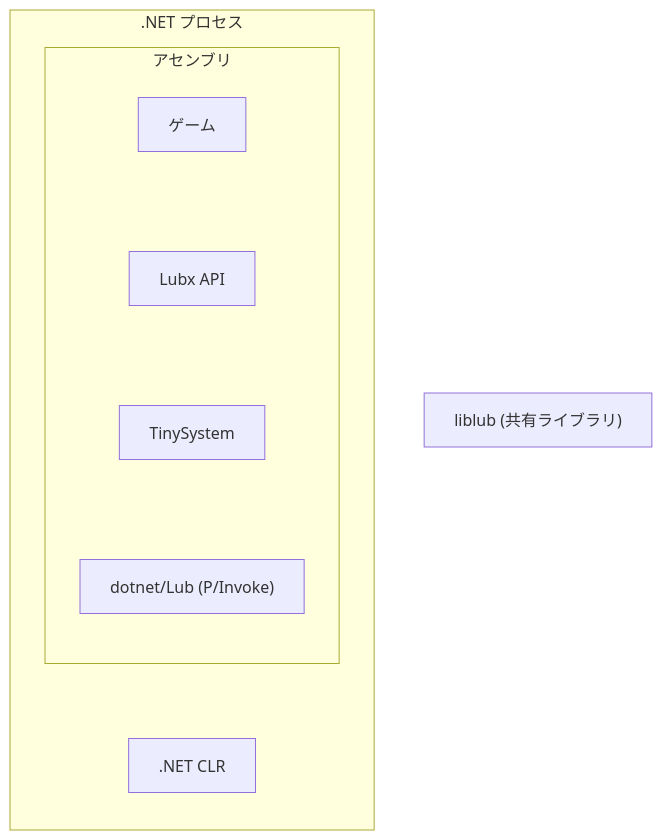
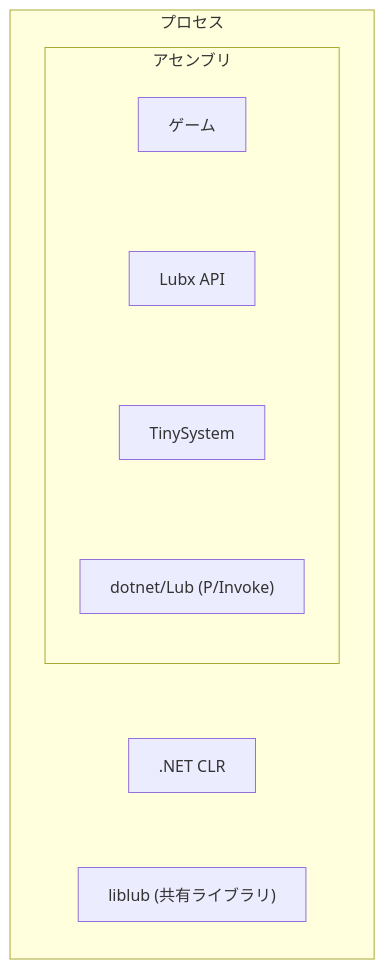
Before and after one commit to neguse/lub: the third of 3 diagrams in docs/develop.md, drawn with Mermaid. The commit also changed other lines of this file, not shown here.

Commit message:
docs/develop.md の実行モード図の外箱をプロセスに統一する

````diff
--- a/docs/develop.md
+++ b/docs/develop.md
@@ -62,13 +65,12 @@
 ```mermaid
 flowchart LR
-    subgraph dn_bin[".NET プロセス"]
+    subgraph dn_proc["プロセス"]
         subgraph dn_mod["アセンブリ"]
             direction TB
             dn_game["ゲーム"] ~~~ dn_lubx["Lubx API"] ~~~ dn_ts["TinySystem"] ~~~ dn_facade["dotnet/Lub (P/Invoke)"]
         end
         dn_clr[".NET CLR"]
-        dn_mod ~~~ dn_clr
+        dn_lib["liblub (共有ライブラリ)"]
+        dn_mod ~~~ dn_clr ~~~ dn_lib
     end
-    dn_lib["liblub (共有ライブラリ)"]
-    dn_bin ~~~ dn_lib
 ```
````
